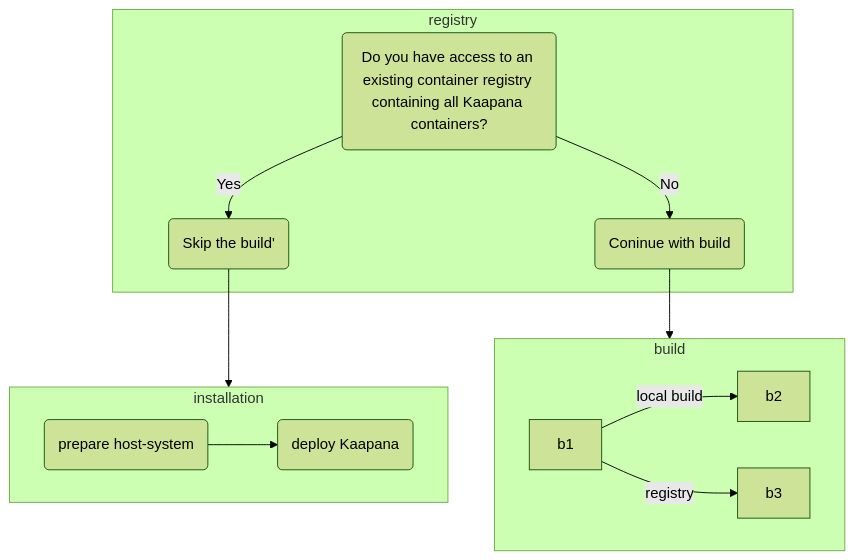
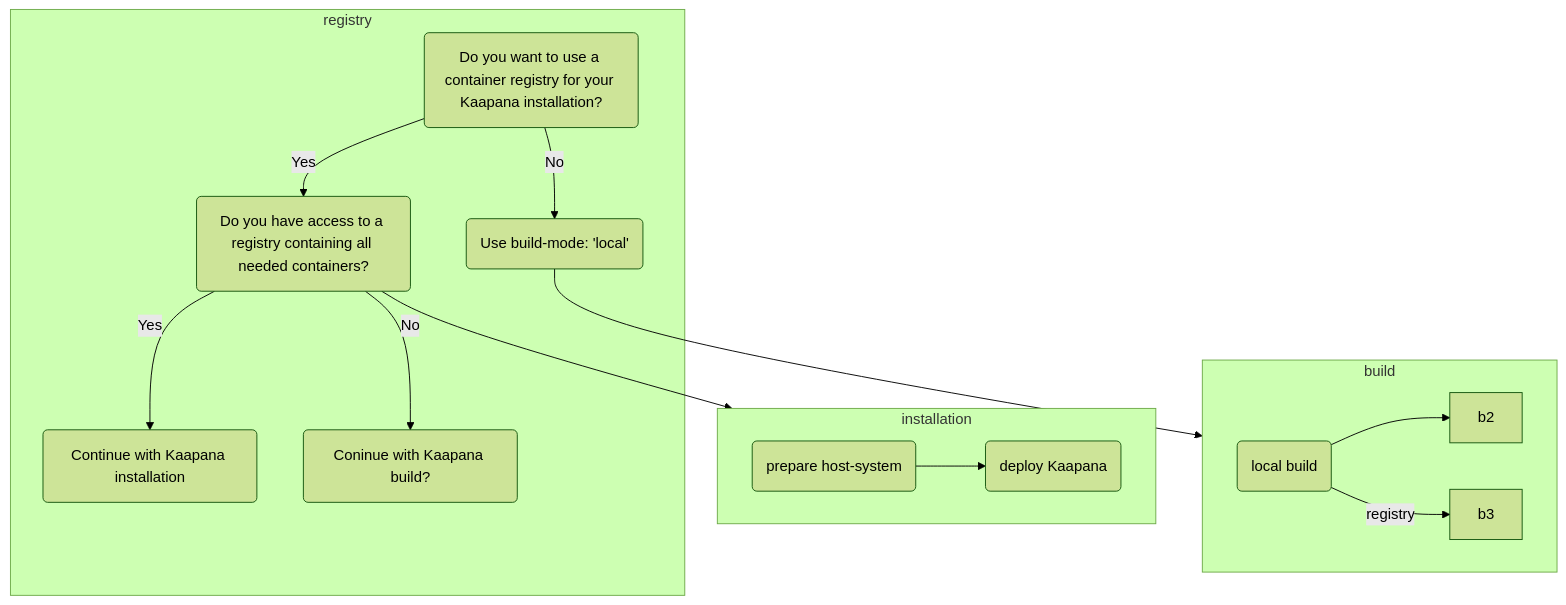
One commit to kaapana/kaapana changed the diagram in docs/source/getting_started.rst. Above: the diagram before and after it, drawn with Mermaid (forest theme). The commit also changed 80 other files, not shown here.

```diff
--- a/docs/source/getting_started.rst
+++ b/docs/source/getting_started.rst
@@ -16,17 +16,19 @@
 .. mermaid::
 
    flowchart TB
       subgraph registry
-      a1(Do you have access to an existing container registry containing all Kaapana containers?)
-      a1-->|Yes| a2(Skip the build')
-      a1-->|No| a3(Coninue with build)
+      a1(Do you want to use a container registry for your Kaapana installation?)
+      a1-->|Yes| a2(Do you have access to a registry containing all needed containers?)
+      a1-->|No| a3(Use build-mode: 'local')
+      a2-->|Yes| a4(Continue with Kaapana installation)
+      a2-->|No| a5(Coninue with Kaapana build?)
       end
       subgraph build
-      b1-->|local build| b2 
+      b1(local build)--> b2 
       b1-->|registry| b3
       end
       subgraph installation
       c1(prepare host-system)-->c2(deploy Kaapana)
       end
       a3 --> build
       a2 --> installation
```
